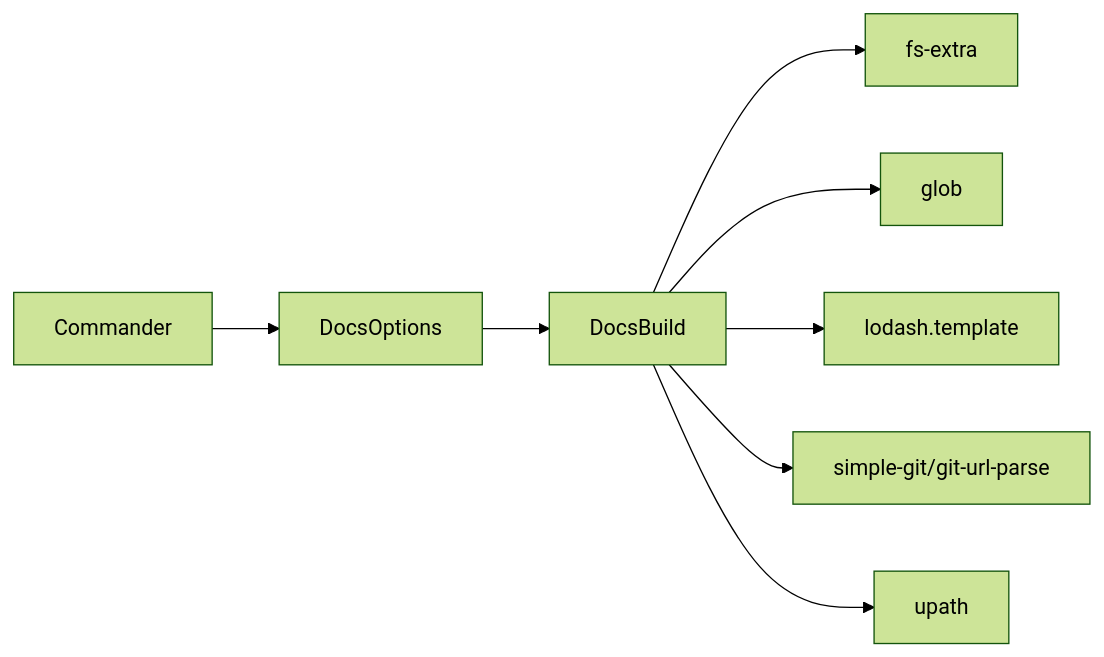
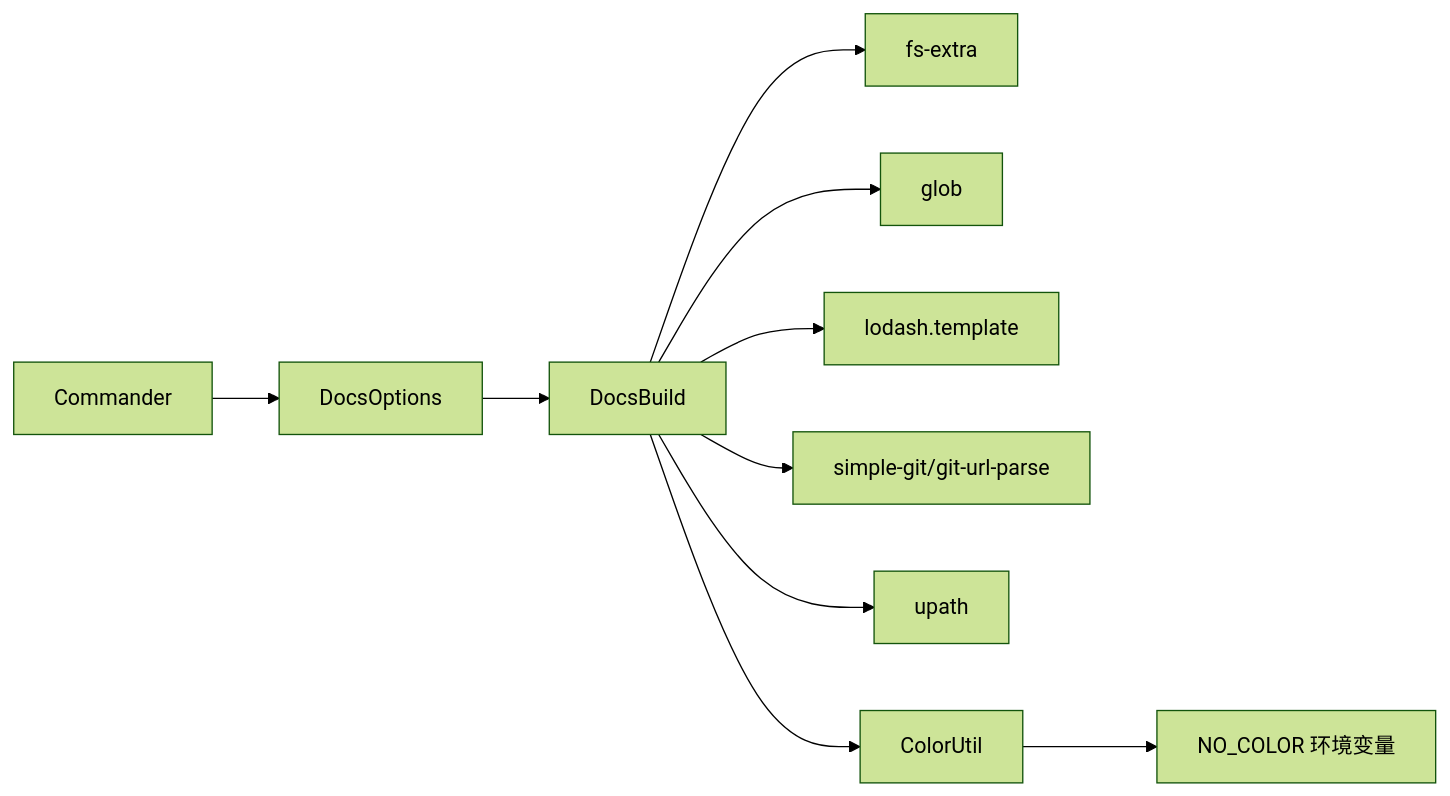
The ninth of 9 diagrams in .qoder/repowiki/zh/content/文档构建工具(@hz-9_docs-build)/高级功能/高级功能.md (hz-9/tool-nx), drawn with Mermaid (forest theme) before and after one commit. The commit also changed other lines of this file and 27 other files, not shown here.

````diff
--- a/.qoder/repowiki/zh/content/文档构建工具(@hz-9_docs-build)/高级功能/高级功能.md
+++ b/.qoder/repowiki/zh/content/文档构建工具(@hz-9_docs-build)/高级功能/高级功能.md
@@ -277,10 +371,12 @@
 ```mermaid
 graph LR
 CMD["Commander"] --> OPT["DocsOptions"]
 OPT --> DB["DocsBuild"]
 DB --> FS["fs-extra"]
 DB --> GL["glob"]
 DB --> LG["lodash.template"]
 DB --> SG["simple-git/git-url-parse"]
 DB --> UP["upath"]
+DB --> CU["ColorUtil"]
+CU --> NC["NO_COLOR 环境变量"]
 ```
````
